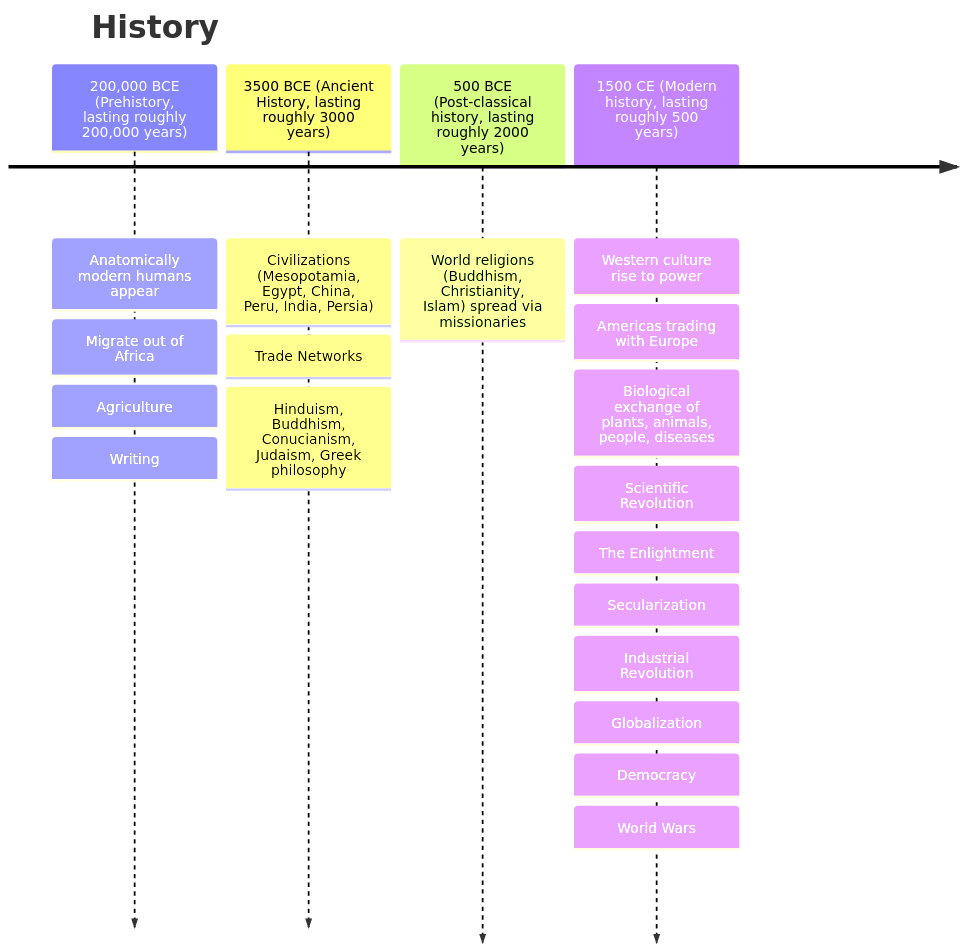
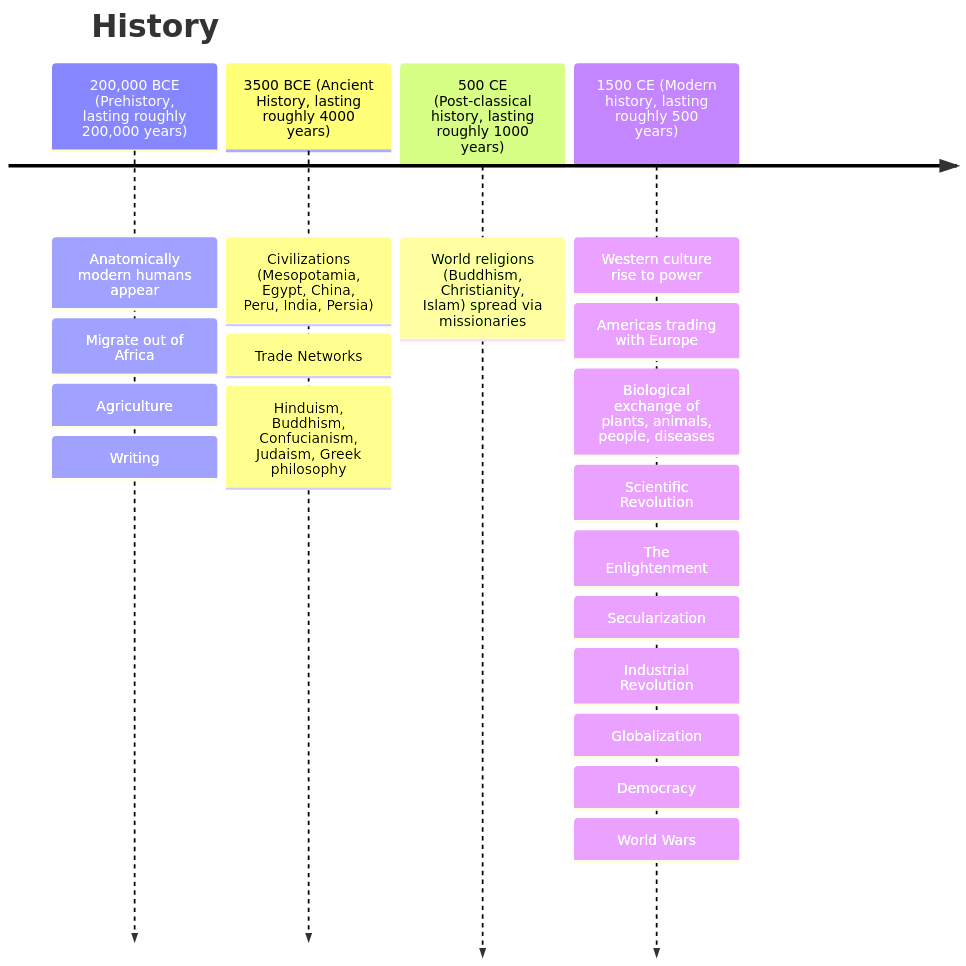
Before and after one commit to NebuPookins/history: the diagram in src/0_introduction.md, drawn with Mermaid. The commit also changed other lines of this file, not shown here.

Commit message:
fix: correct post-classical boundary to 500 CE and fix related errors
The introduction placed the ancient/post-classical transition at 500 BCE
instead of 500 CE, making the timeline's period durations wrong (post-
classical spans roughly 1000 years, 500-1500 CE, and ancient history
roughly 4000 years, 3500 BCE-500 CE). Also fixes spelling errors in the
same chapter (Confucianism, Enlightenment, occurred, history) and
normalizes "2300BC" to "2300 BCE".

````diff
--- a/src/0_introduction.md
+++ b/src/0_introduction.md
@@ -30,26 +30,26 @@
 ```mermaid
 timeline
   title History
   200,000 BCE (Prehistory, lasting roughly 200,000 years)
     : Anatomically modern humans appear
     : Migrate out of Africa
     : Agriculture
     : Writing
-  3500 BCE (Ancient History, lasting roughly 3000 years)
+  3500 BCE (Ancient History, lasting roughly 4000 years)
     : Civilizations (Mesopotamia, Egypt, China, Peru, India, Persia)
     : Trade Networks
-    : Hinduism, Buddhism, Conucianism, Judaism, Greek philosophy
-  500 BCE (Post-classical history, lasting roughly 2000 years)
+    : Hinduism, Buddhism, Confucianism, Judaism, Greek philosophy
+  500 CE (Post-classical history, lasting roughly 1000 years)
     : World religions (Buddhism, Christianity, Islam) spread via missionaries
   1500 CE (Modern history, lasting roughly 500 years)
     : Western culture rise to power
     : Americas trading with Europe
     : Biological exchange of plants, animals, people, diseases
     : Scientific Revolution
-    : The Enlightment
+    : The Enlightenment
     : Secularization
     : Industrial Revolution
     : Globalization
     : Democracy
     : World Wars
 ```
````
